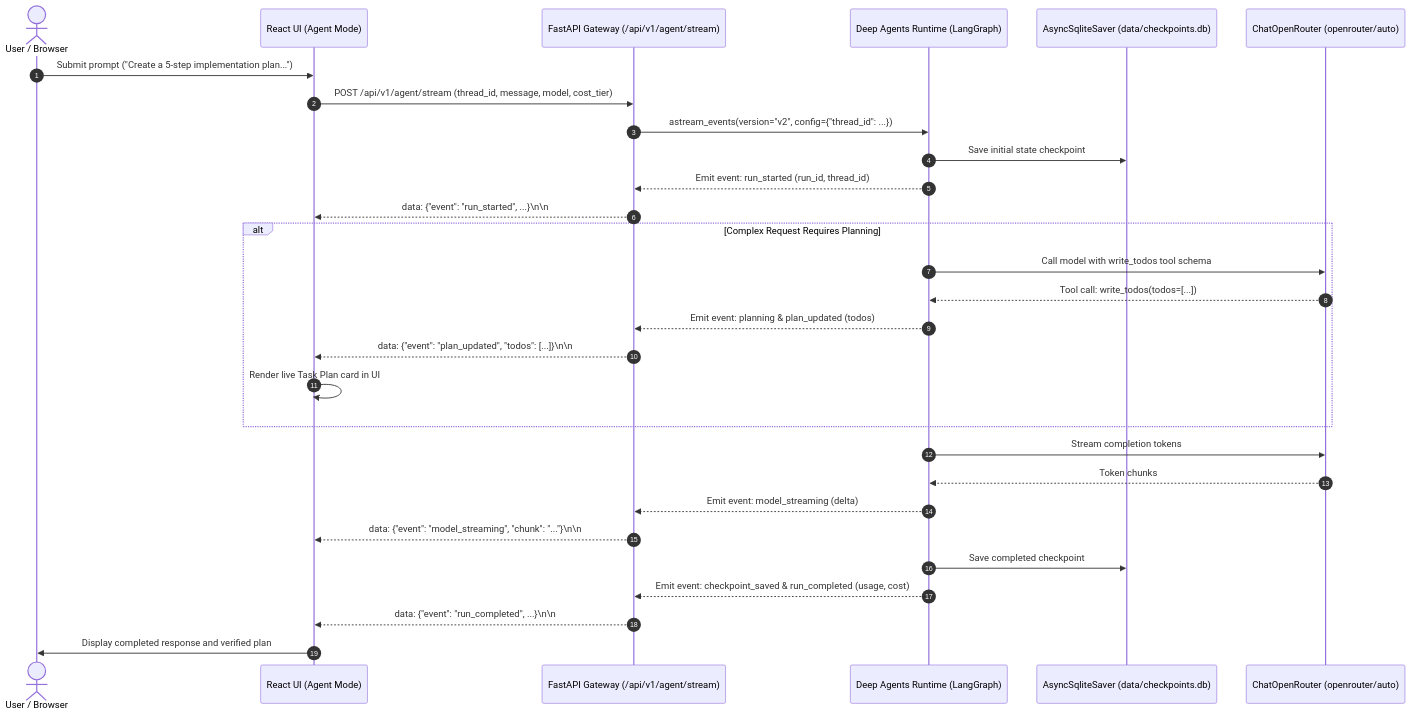
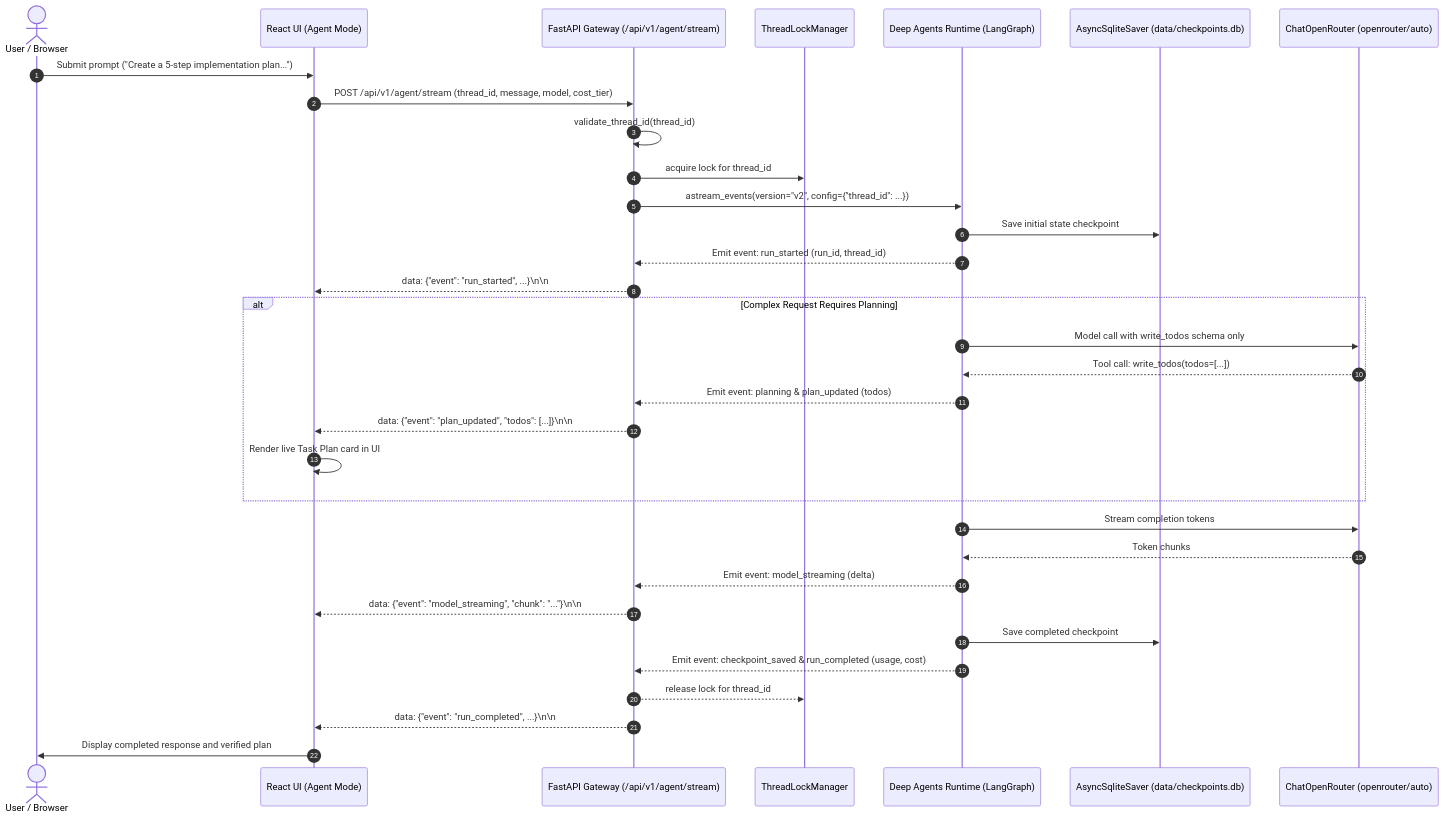
One commit to Aryramy/javed changed the diagram in docs/reports/REPORT-004.md. Above: the diagram before and after it, drawn with Mermaid. The commit also changed other lines of this file and 11 other files, not shown here.

First line of the commit message:
feat(agent): harden BRICK-004 with positive tool allowlist, thread validation, and concurrency serialization

````diff
--- a/docs/reports/REPORT-004.md
+++ b/docs/reports/REPORT-004.md
@@ -78,35 +99,39 @@
 ```mermaid
 sequenceDiagram
     autonumber
     actor User as User / Browser
     participant UI as React UI (Agent Mode)
     participant API as FastAPI Gateway (/api/v1/agent/stream)
+    participant Lock as ThreadLockManager
     participant Agent as Deep Agents Runtime (LangGraph)
     participant Checkpointer as AsyncSqliteSaver (data/checkpoints.db)
     participant LLM as ChatOpenRouter (openrouter/auto)
 
     User->>UI: Submit prompt ("Create a 5-step implementation plan...")
     UI->>API: POST /api/v1/agent/stream (thread_id, message, model, cost_tier)
+    API->>API: validate_thread_id(thread_id)
+    API->>Lock: acquire lock for thread_id
     API->>Agent: astream_events(version="v2", config={"thread_id": ...})
     Agent->>Checkpointer: Save initial state checkpoint
     Agent-->>API: Emit event: run_started (run_id, thread_id)
     API-->>UI: data: {"event": "run_started", ...}\n\n
     
     alt Complex Request Requires Planning
-        Agent->>LLM: Call model with write_todos tool schema
+        Agent->>LLM: Model call with write_todos schema only
         LLM-->>Agent: Tool call: write_todos(todos=[...])
         Agent-->>API: Emit event: planning & plan_updated (todos)
         API-->>UI: data: {"event": "plan_updated", "todos": [...]}\n\n
         UI->>UI: Render live Task Plan card in UI
     end
 
     Agent->>LLM: Stream completion tokens
     LLM-->>Agent: Token chunks
     Agent-->>API: Emit event: model_streaming (delta)
     API-->>UI: data: {"event": "model_streaming", "chunk": "..."}\n\n
 
     Agent->>Checkpointer: Save completed checkpoint
     Agent-->>API: Emit event: checkpoint_saved & run_completed (usage, cost)
+    API-->>Lock: release lock for thread_id
     API-->>UI: data: {"event": "run_completed", ...}\n\n
     UI->>User: Display completed response and verified plan
 ```
````
